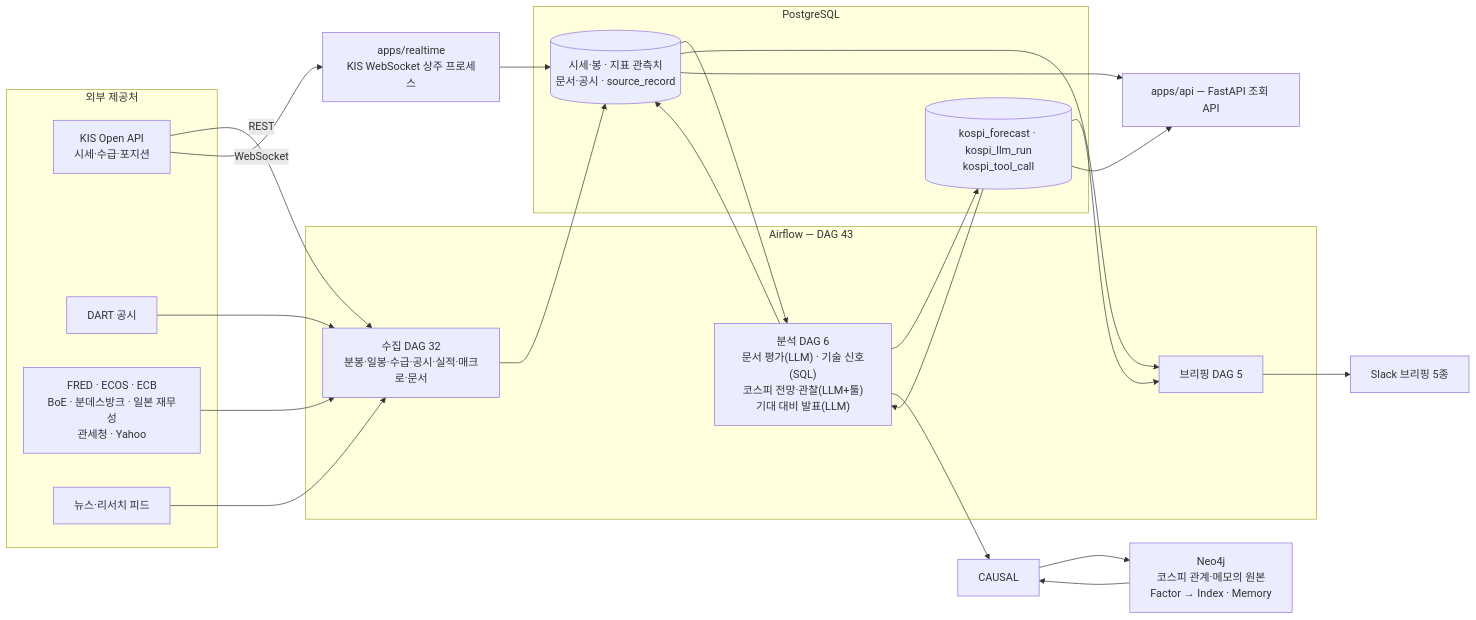
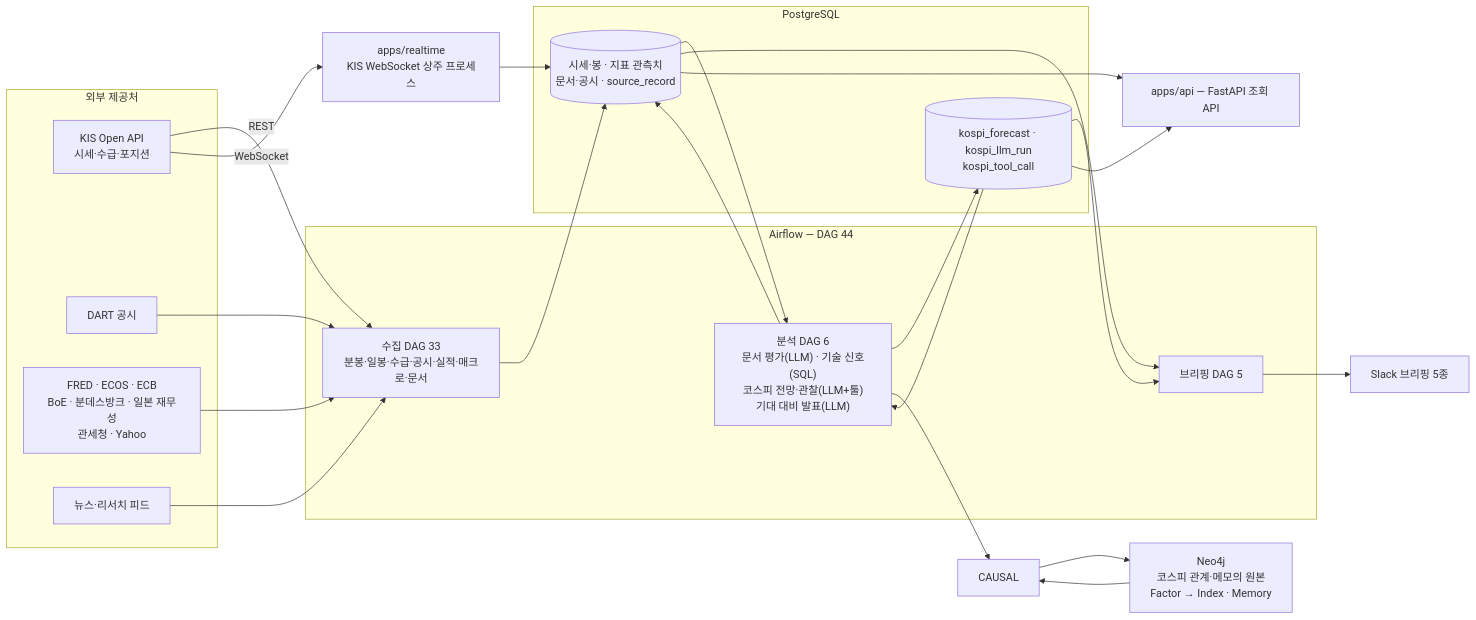
The diagram in README.md (6691a/finance), drawn with Mermaid before and after one commit. The commit also changed 10 other files, not shown here.

````diff
--- a/README.md
+++ b/README.md
@@ -29,49 +29,49 @@
 ```mermaid
 flowchart LR
     subgraph EXT["외부 제공처"]
         KIS["KIS Open API<br/>시세·수급·포지션"]
         DART["DART 공시"]
         MACRO["FRED · ECOS · ECB<br/>BoE · 분데스방크 · 일본 재무성<br/>관세청 · Yahoo"]
         FEED["뉴스·리서치 피드"]
     end
 
-    subgraph AF["Airflow — DAG 43"]
-        COL["수집 DAG 32<br/>분봉·일봉·수급·공시·실적·매크로·문서"]
+    subgraph AF["Airflow — DAG 44"]
+        COL["수집 DAG 33<br/>분봉·일봉·수급·공시·실적·매크로·문서"]
         ANA["분석 DAG 6<br/>문서 평가(LLM) · 기술 신호(SQL)<br/>코스피 전망·관찰(LLM+툴)<br/>기대 대비 발표(LLM)"]
         BRF["브리핑 DAG 5"]
     end
 
     RT["apps/realtime<br/>KIS WebSocket 상주 프로세스"]
 
     subgraph DB["PostgreSQL"]
         FACT[("시세·봉 · 지표 관측치<br/>문서·공시 · source_record")]
         THESIS[("kospi_forecast · kospi_llm_run<br/>kospi_tool_call")]
     end
 
     GRAPH["Neo4j<br/>코스피 관계·메모의 원본<br/>Factor → Index · Memory"]
 
     SLACK["Slack 브리핑 5종"]
     API["apps/api — FastAPI 조회 API"]
 
     KIS -->|REST| COL
     DART --> COL
     MACRO --> COL
     FEED --> COL
     KIS -->|WebSocket| RT
 
     COL --> FACT
     RT --> FACT
     FACT --> ANA
     ANA --> FACT
     ANA --> THESIS
     THESIS --> ANA
     ANA --> CAUSAL
     CAUSAL --> GRAPH
     GRAPH --> CAUSAL
 
     FACT --> BRF
     THESIS --> BRF
     BRF --> SLACK
     THESIS --> API
     FACT --> API
 ```
````
